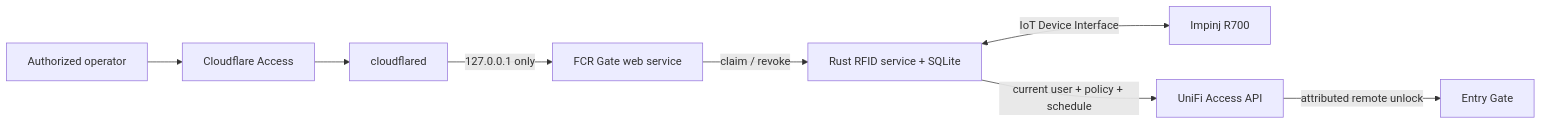
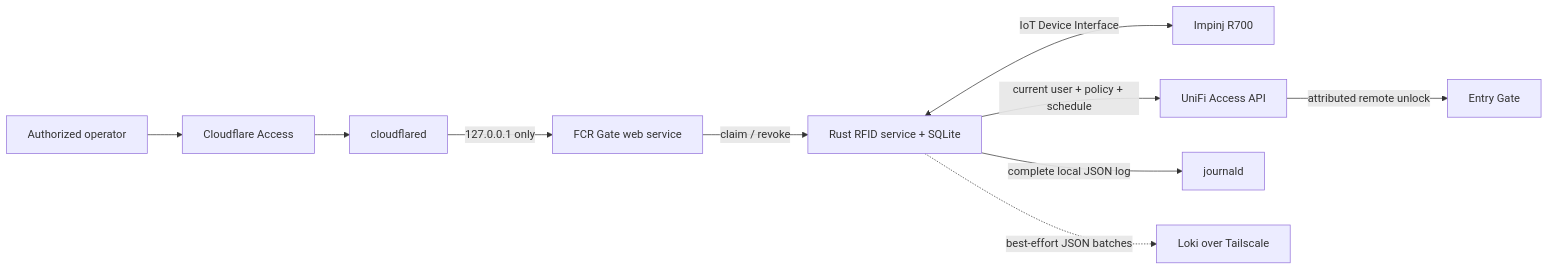
One commit to jpoehnelt/fcr-gate changed the diagram in docs/gateway-services.md. Above: the diagram before and after it, drawn with Mermaid. The commit also changed other lines of this file and 10 other files, not shown here.

````diff
--- a/docs/gateway-services.md
+++ b/docs/gateway-services.md
@@ -13,10 +13,12 @@
 ```mermaid
 flowchart LR
     U["Authorized operator"] --> A["Cloudflare Access"]
     A --> T["cloudflared"]
     T -->|"127.0.0.1 only"| W["FCR Gate web service"]
     W -->|"claim / revoke"| E["Rust RFID service + SQLite"]
     E <-->|"IoT Device Interface"| R["Impinj R700"]
     E -->|"current user + policy + schedule"| UA["UniFi Access API"]
     UA -->|"attributed remote unlock"| G["Entry Gate"]
+    E -->|"complete local JSON log"| J["journald"]
+    E -.->|"best-effort JSON batches"| L["Loki over Tailscale"]
 ```
````
